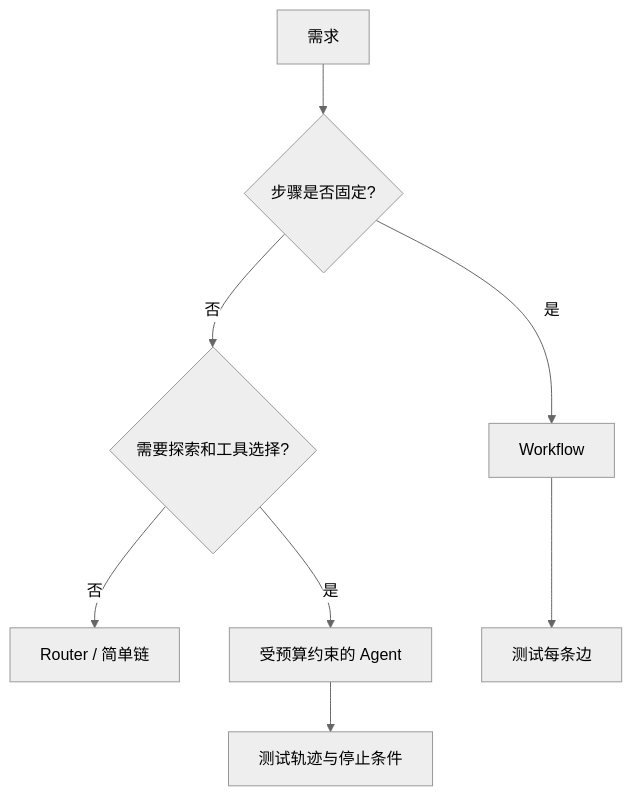
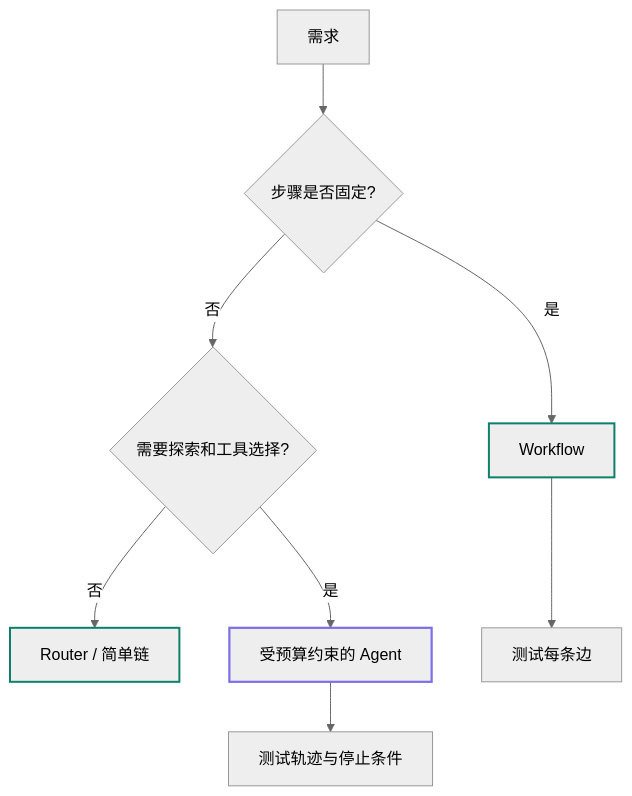
The second of 2 diagrams in lessons/workflow-vs-agent/README.md (lance2016/ai-app-engineering), drawn with Mermaid (neutral theme) before and after one commit. The commit also changed other lines of this file and 21 other files, not shown here.

````diff
--- a/lessons/workflow-vs-agent/README.md
+++ b/lessons/workflow-vs-agent/README.md
@@ -60,10 +62,14 @@
 ```mermaid
 flowchart TD
+    classDef model stroke:#7c6ee6,stroke-width:2.2px
+    classDef runtime stroke:#0d806b,stroke-width:2px
     Q[需求] --> F{步骤是否固定?}
     F -- 是 --> W[Workflow]
     F -- 否 --> E{需要探索和工具选择?}
     E -- 否 --> R[Router / 简单链]
     E -- 是 --> A[受预算约束的 Agent]
     W --> T[测试每条边]
     A --> G[测试轨迹与停止条件]
+    class W,R runtime
+    class A model
 ```
````
